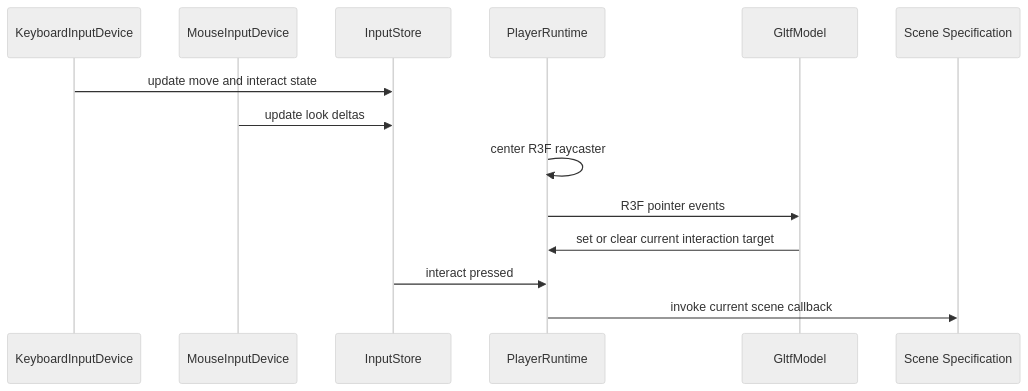
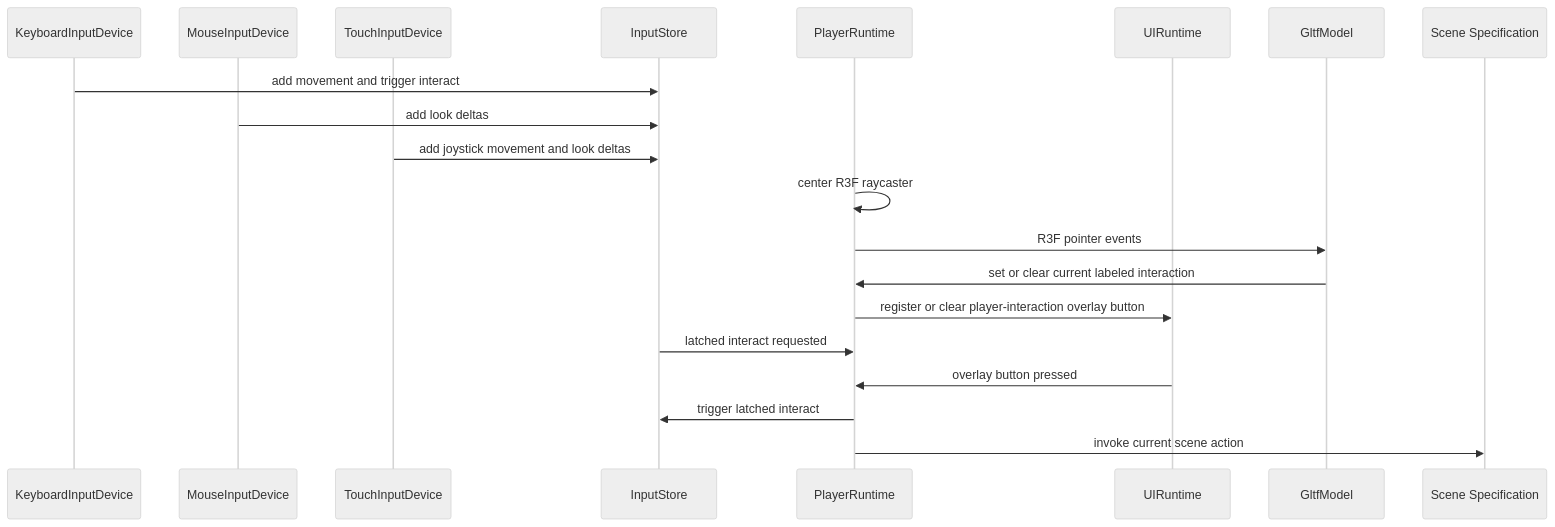
Before and after one commit to raolir/omnipraxis: the fourth of 7 diagrams in docs/architecture.md, drawn with Mermaid (neutral theme). The commit also changed other lines of this file and 14 other files, not shown here.

Commit message:
Add touch input and overlay interactions

````diff
--- a/docs/architecture.md
+++ b/docs/architecture.md
@@ -134,17 +135,23 @@
 ```mermaid
 sequenceDiagram
   participant Keyboard as KeyboardInputDevice
   participant Mouse as MouseInputDevice
+  participant Touch as TouchInputDevice
   participant Store as InputStore
   participant Player as PlayerRuntime
+  participant UI as UIRuntime
   participant Model as GltfModel
   participant Scene as Scene Specification
 
-  Keyboard->>Store: update move and interact state
-  Mouse->>Store: update look deltas
+  Keyboard->>Store: add movement and trigger interact
+  Mouse->>Store: add look deltas
+  Touch->>Store: add joystick movement and look deltas
   Player->>Player: center R3F raycaster
   Player->>Model: R3F pointer events
-  Model->>Player: set or clear current interaction target
-  Store->>Player: interact pressed
-  Player->>Scene: invoke current scene callback
+  Model->>Player: set or clear current labeled interaction
+  Player->>UI: register or clear player-interaction overlay button
+  Store->>Player: latched interact requested
+  UI->>Player: overlay button pressed
+  Player->>Store: trigger latched interact
+  Player->>Scene: invoke current scene action
 ```
````
